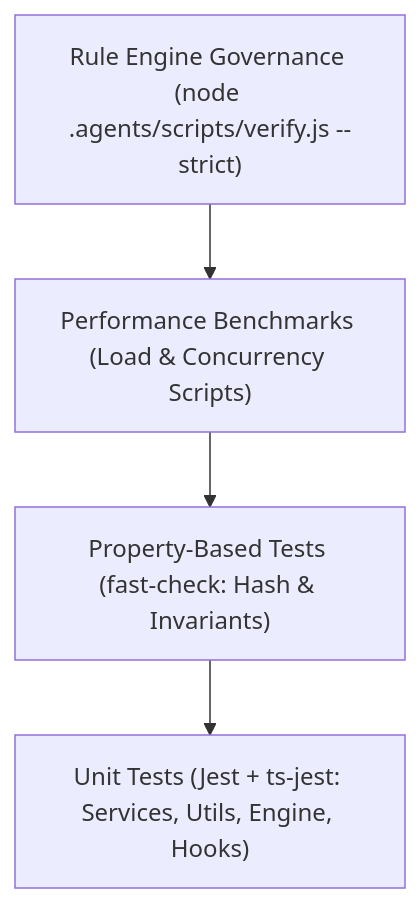
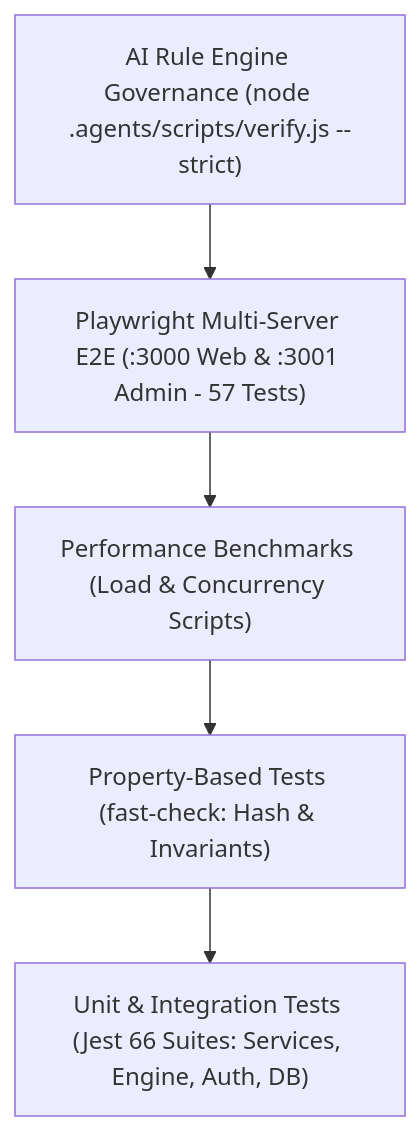
One commit to nvtruongops/fquiz changed the diagram in docs/TESTING.md. Above: the diagram before and after it, drawn with Mermaid. The commit also changed other lines of this file and 800 other files, not shown here.

Commit message:
feat(monorepo): pure symmetrical turborepo architecture migration & governance v2.0.0

````diff
--- a/docs/TESTING.md
+++ b/docs/TESTING.md
@@ -9,11 +9,13 @@
 ```mermaid
 graph TD
-    Governance["Rule Engine Governance (node .agents/scripts/verify.js --strict)"]
+    Governance["AI Rule Engine Governance (node .agents/scripts/verify.js --strict)"]
+    E2E["Playwright Multi-Server E2E (:3000 Web & :3001 Admin - 57 Tests)"]
     Perf["Performance Benchmarks (Load & Concurrency Scripts)"]
     Property["Property-Based Tests (fast-check: Hash & Invariants)"]
-    Unit["Unit Tests (Jest + ts-jest: Services, Utils, Engine, Hooks)"]
+    Unit["Unit & Integration Tests (Jest 66 Suites: Services, Engine, Auth, DB)"]
 
-    Governance --> Perf
+    Governance --> E2E
+    E2E --> Perf
     Perf --> Property
     Property --> Unit
 ```
````
